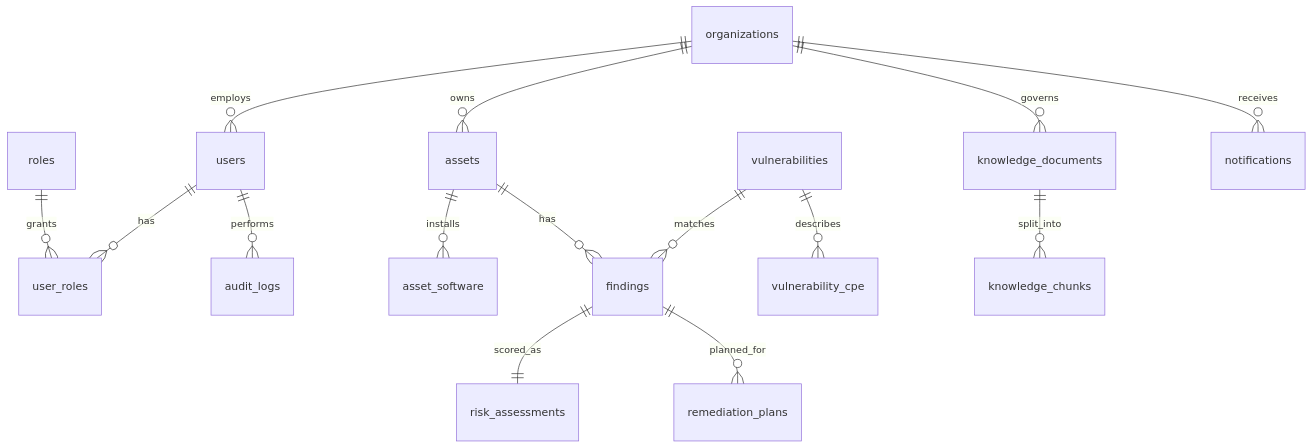
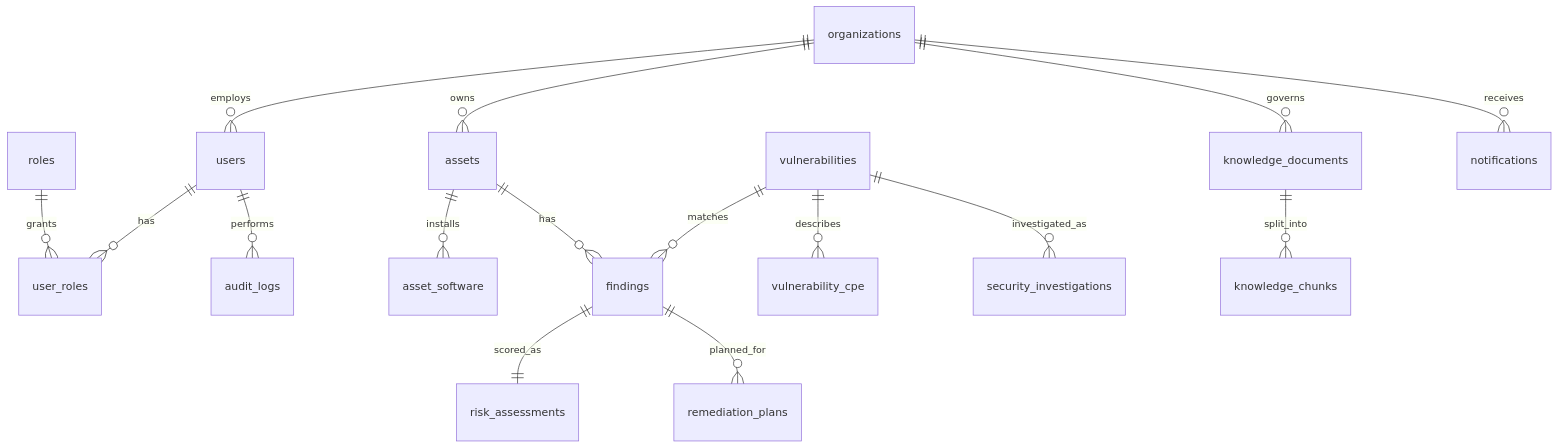
The diagram in docs/database/er-model.md (Pradnya2299/AutomatedThreatIntelligence), drawn with Mermaid before and after one commit. The commit also changed 82 other files, not shown here.

````diff
--- a/docs/database/er-model.md
+++ b/docs/database/er-model.md
@@ -5,23 +5,24 @@
 ```mermaid
 erDiagram
   organizations ||--o{ assets : owns
   organizations ||--o{ users : employs
   organizations ||--o{ knowledge_documents : governs
 
   roles ||--o{ user_roles : grants
   users ||--o{ user_roles : has
   users ||--o{ audit_logs : performs
 
   assets ||--o{ asset_software : installs
   assets ||--o{ findings : has
 
   vulnerabilities ||--o{ vulnerability_cpe : describes
   vulnerabilities ||--o{ findings : matches
 
   findings ||--|| risk_assessments : scored_as
   findings ||--o{ remediation_plans : planned_for
+  vulnerabilities ||--o{ security_investigations : investigated_as
 
   knowledge_documents ||--o{ knowledge_chunks : split_into
 
   organizations ||--o{ notifications : receives
 ```
````
